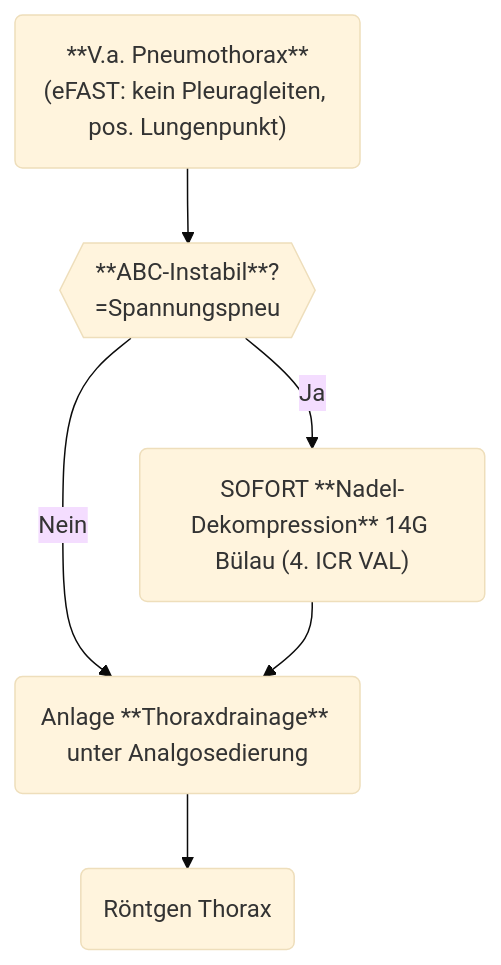
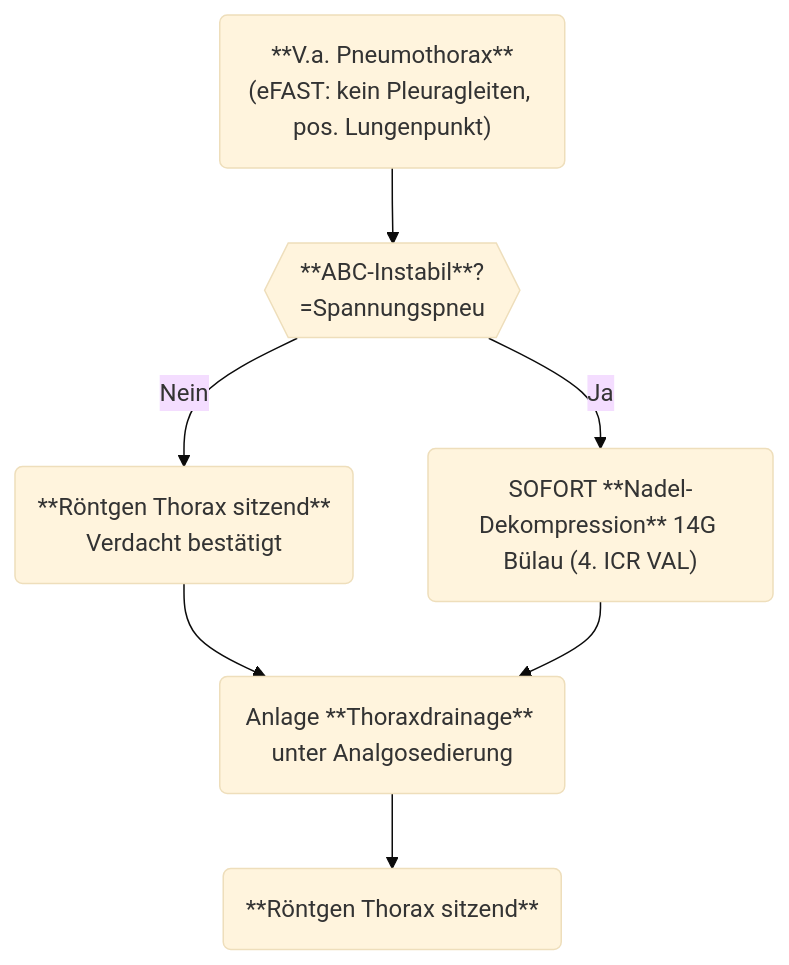
The diagram in content/Pneu.md (vncntwbr/notfallbausteine), drawn with Mermaid (base theme) before and after one commit.

Commit message:
Quartz sync: Mar 28, 2026, 4:23 PM

````diff
--- a/content/Pneu.md
+++ b/content/Pneu.md
@@ -16,10 +16,11 @@
 ```mermaid
 flowchart TD
-    A("**V.a. Pneumothorax**<br>(eFAST: kein Pleuragleiten, pos. Lungenpunkt)") --> B{{"**ABC-Instabil**?<br>=Spannungspneu"}}
-    B -->|Ja| C("SOFORT **Nadel-Dekompression** 14G Bülau (4. ICR VAL)")
-    B -->|Nein| D(Anlage **Thoraxdrainage** unter Analgosedierung)
-    C --> D
-    D --> E(Röntgen Thorax)
+    Start("**V.a. Pneumothorax**<br>(eFAST: kein Pleuragleiten, pos. Lungenpunkt)") --> Instabil{{"**ABC-Instabil**?<br>=Spannungspneu"}}
+    Instabil -->|Ja| Dek("SOFORT **Nadel-Dekompression** 14G Bülau (4. ICR VAL)")
+    Instabil -->|Nein| Rö("**Röntgen Thorax sitzend**<br>Verdacht bestätigt")
+    Rö --> Tdx(Anlage **Thoraxdrainage** unter Analgosedierung)
+    Dek --> Tdx
+    Tdx --> Rö2(**Röntgen Thorax sitzend**)
     click C "https://www.github.com" "Open this in a new tab" _blank
     click D "https://www.github.com" "Open this in a new tab" _blank
 ```
````
